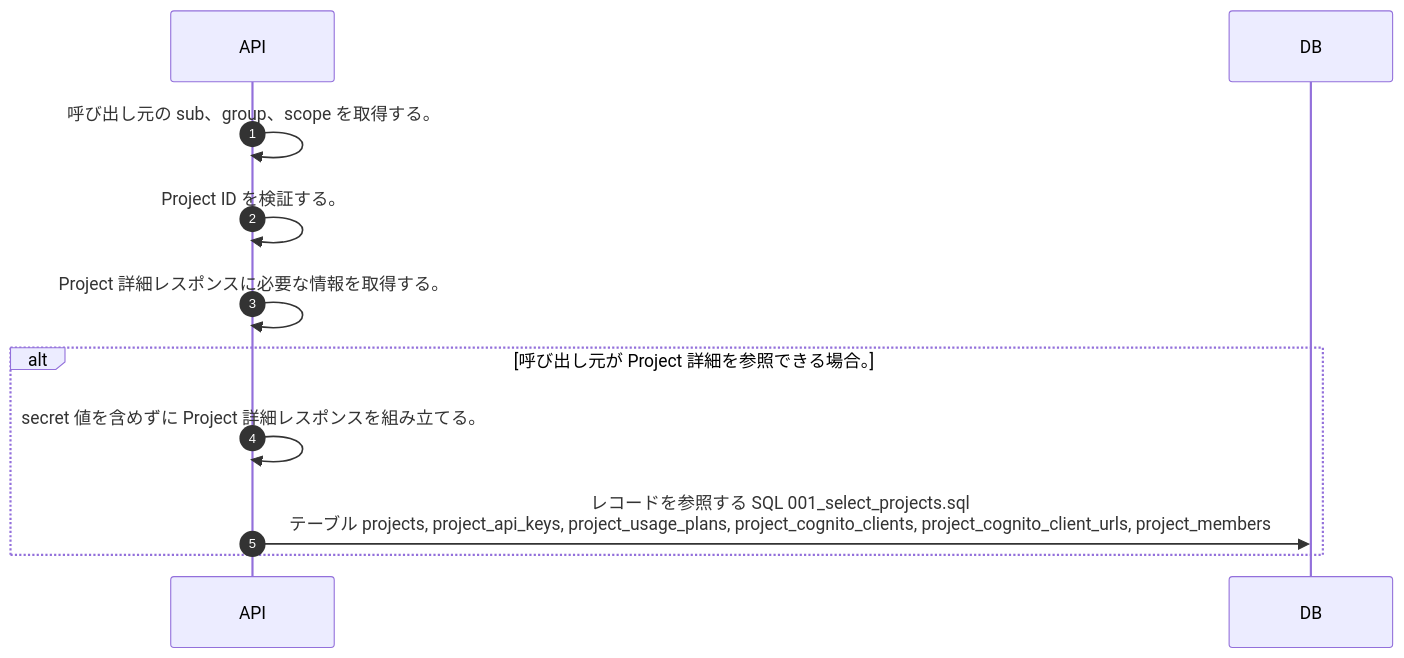
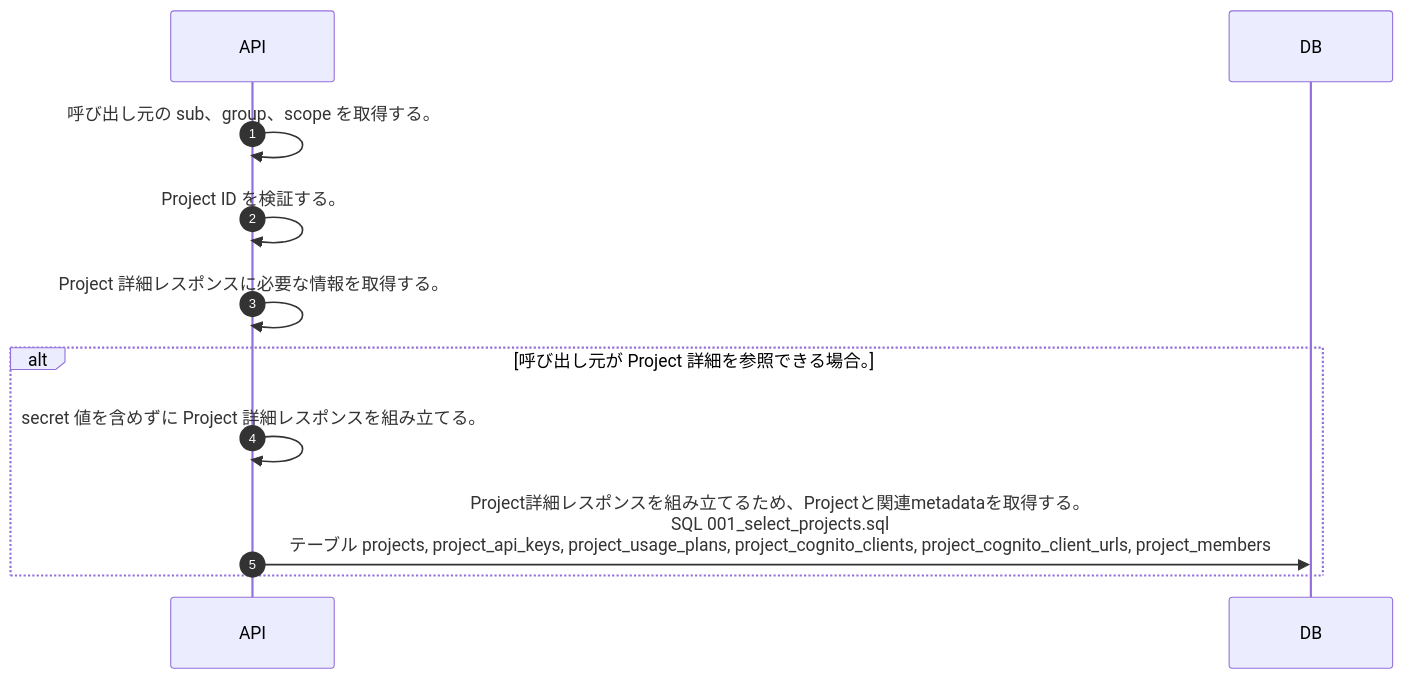
Before and after one commit to tsuji-tomonori/lazunex: the diagram in docs/spec/40.apis/projects/get_project/sequence_gen.md, drawn with Mermaid. The commit also changed 117 other files, not shown here.

Commit message:
📝 docs(api): SQL意図をシーケンスへ伝播

````diff
--- a/docs/spec/40.apis/projects/get_project/sequence_gen.md
+++ b/docs/spec/40.apis/projects/get_project/sequence_gen.md
@@ -5,13 +5,13 @@
 ```mermaid
 sequenceDiagram
   autonumber
   participant API as API
   participant DB as DB
   API->>API: 呼び出し元の sub、group、scope を取得する。
   API->>API: Project ID を検証する。
   API->>API: Project 詳細レスポンスに必要な情報を取得する。
   alt 呼び出し元が Project 詳細を参照できる場合。
     API->>API: secret 値を含めずに Project 詳細レスポンスを組み立てる。
-    API->>DB: レコードを参照する SQL 001_select_projects.sql<br/>テーブル projects, project_api_keys, project_usage_plans, project_cognito_clients, project_cognito_client_urls, project_members
+    API->>DB: Project詳細レスポンスを組み立てるため、Projectと関連metadataを取得する。<br/>SQL 001_select_projects.sql<br/>テーブル projects, project_api_keys, project_usage_plans, project_cognito_clients, project_cognito_client_urls, project_members
   end
 ```
````
